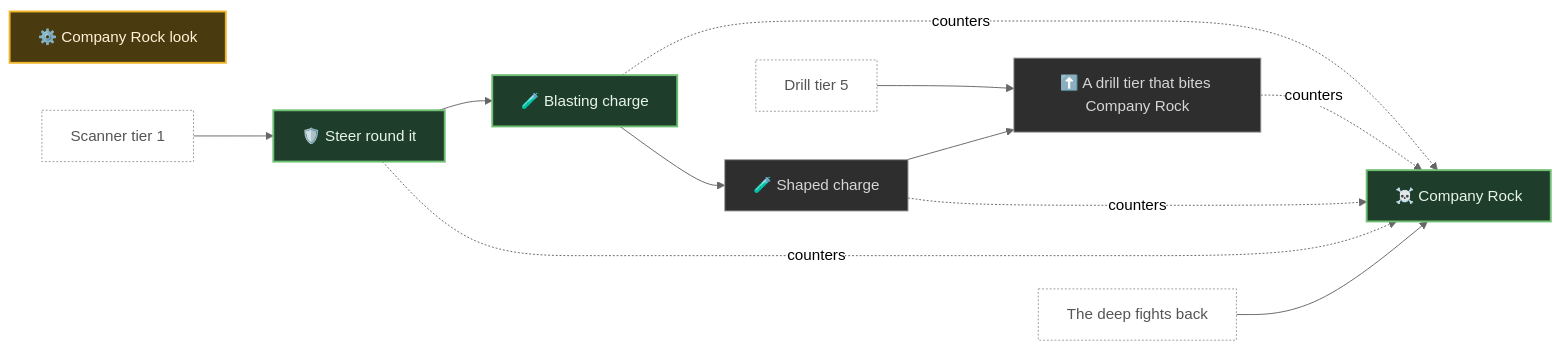
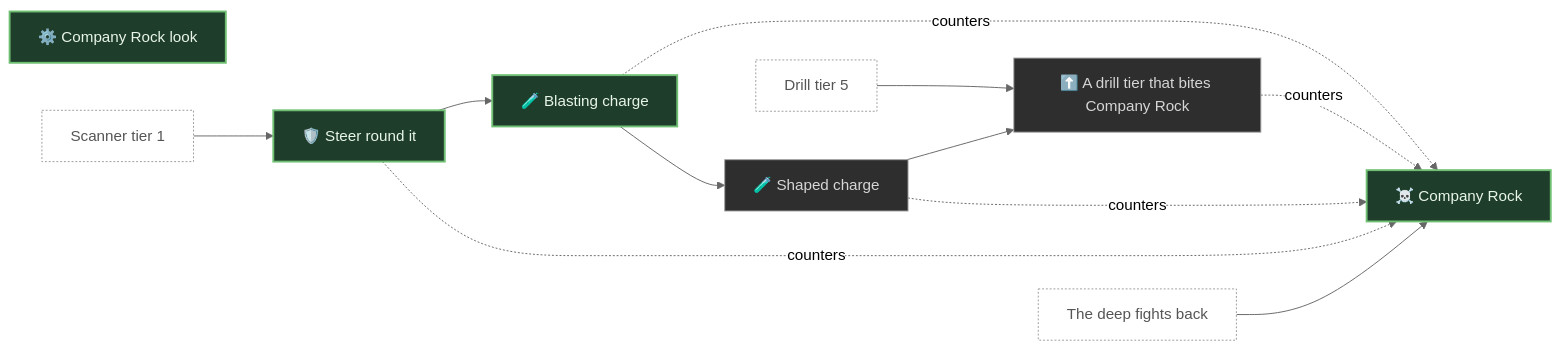
Before and after one commit to pkeppeler/deepcharter: diagram 17 of 30 in docs/FEATURE-MAP.md, drawn with Mermaid (neutral theme). The commit also changed other lines of this file and 57 other files, not shown here.

First line of the commit message:
Company Rock wears the Joint look (#538)

````diff
--- a/docs/FEATURE-MAP.md
+++ b/docs/FEATURE-MAP.md
@@ -872,31 +873,30 @@
 ```mermaid
 flowchart LR
   n_company_rock["☠️ Company Rock"]
   n_company_rock_look["⚙️ Company Rock look"]
   n_sidestep["🛡️ Steer round it"]
   n_blasting_charge["🧪 Blasting charge"]
   n_shaped_charge["🧪 Shaped charge"]
   n_rock_drill_tier["⬆️ A drill tier that bites Company Rock"]
   n_drill_t5["Drill tier 5"]
   n_scanner_t1["Scanner tier 1"]
   n_the_deep_bites["The deep fights back"]
   n_blasting_charge -. counters .-> n_company_rock
   n_blasting_charge --> n_shaped_charge
   n_drill_t5 --> n_rock_drill_tier
   n_rock_drill_tier -. counters .-> n_company_rock
   n_scanner_t1 --> n_sidestep
   n_shaped_charge -. counters .-> n_company_rock
   n_shaped_charge --> n_rock_drill_tier
   n_sidestep --> n_blasting_charge
   n_sidestep -. counters .-> n_company_rock
   n_the_deep_bites --> n_company_rock
   classDef built fill:#1f3d2b,stroke:#6fbf73,stroke-width:2px,color:#e8f5e9
   classDef progress fill:#4a3a10,stroke:#f0b429,stroke-width:2px,color:#fff3d6
   classDef planned fill:#2e2e2e,stroke:#9e9e9e,stroke-width:1px,color:#d6d6d6
   classDef idea fill:#1a1a1a,stroke:#757575,stroke-width:1px,stroke-dasharray:4 3,color:#a0a0a0
   classDef ext fill:#ffffff,stroke:#999999,stroke-width:1px,stroke-dasharray:2 2,color:#555555
-  class n_company_rock,n_sidestep,n_blasting_charge built
-  class n_company_rock_look progress
+  class n_company_rock,n_company_rock_look,n_sidestep,n_blasting_charge built
   class n_shaped_charge,n_rock_drill_tier planned
   class n_drill_t5,n_scanner_t1,n_the_deep_bites ext
 ```
````
